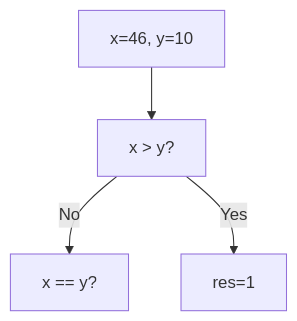
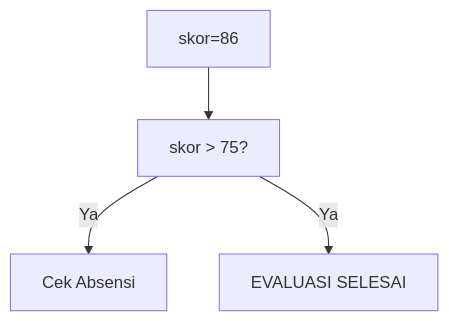
One commit to amnahwaida/OSNK_INF_PREP changed diagram 11 of 25 in part-c-pemahaman-cpp/02-percabangan/latihan/set-01.md. Above: the diagram before and after it, drawn with Mermaid. The commit also changed other lines of this file and 71 other files, not shown here.

````diff
--- a/part-c-pemahaman-cpp/02-percabangan/latihan/set-01.md
+++ b/part-c-pemahaman-cpp/02-percabangan/latihan/set-01.md
@@ -305,6 +318,6 @@
 ```mermaid
 graph TD
-A["x=46, y=10"] --> B["x > y?"]
-B -- No --> C["x == y?"]
-B -- Yes --> D[res=1]
+A["skor=86"] --> B["skor > 75?"]
+B -- Ya --> C["Cek Absensi"]
+B -- Ya --> D["EVALUASI SELESAI"]
 ```
````
